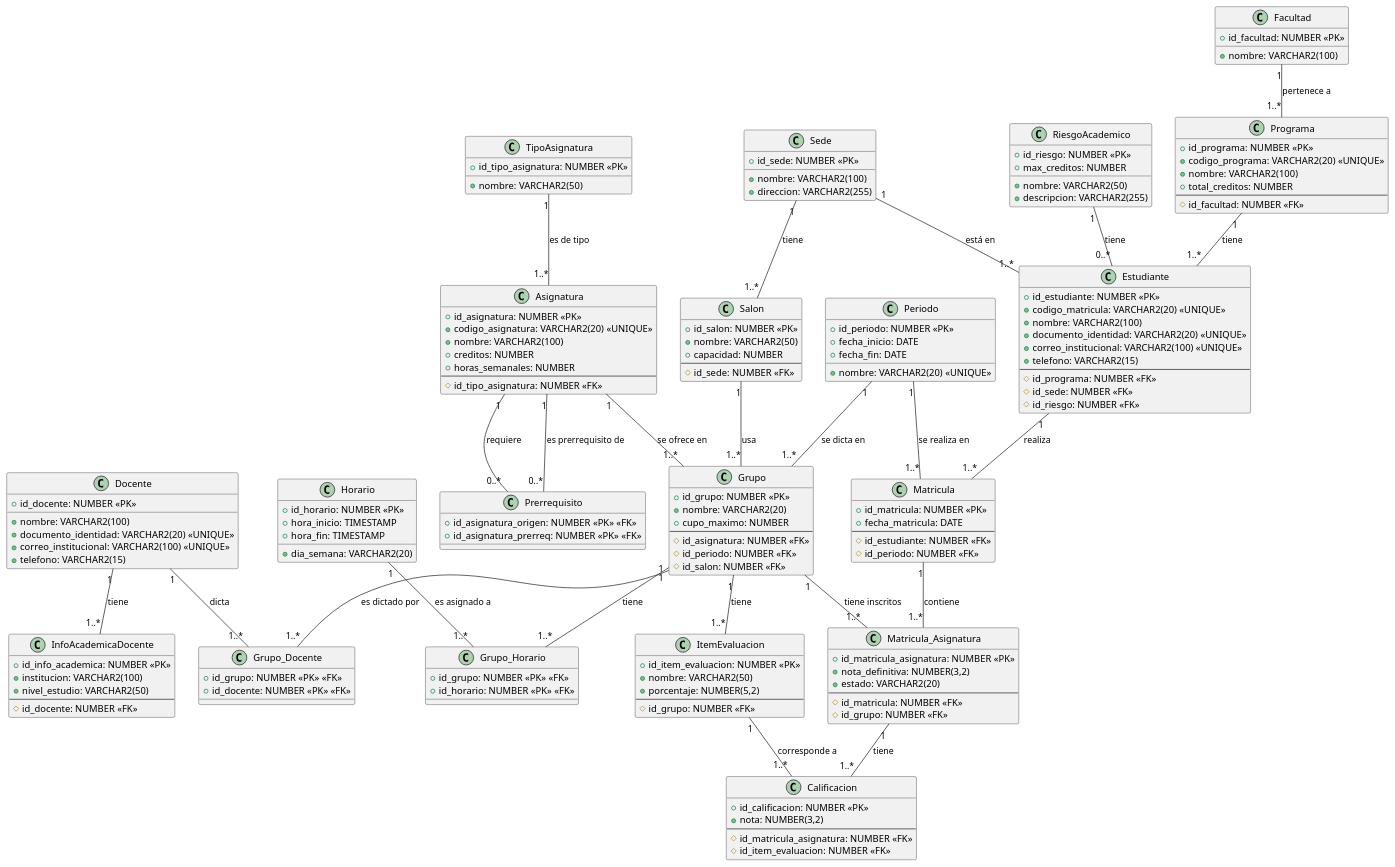
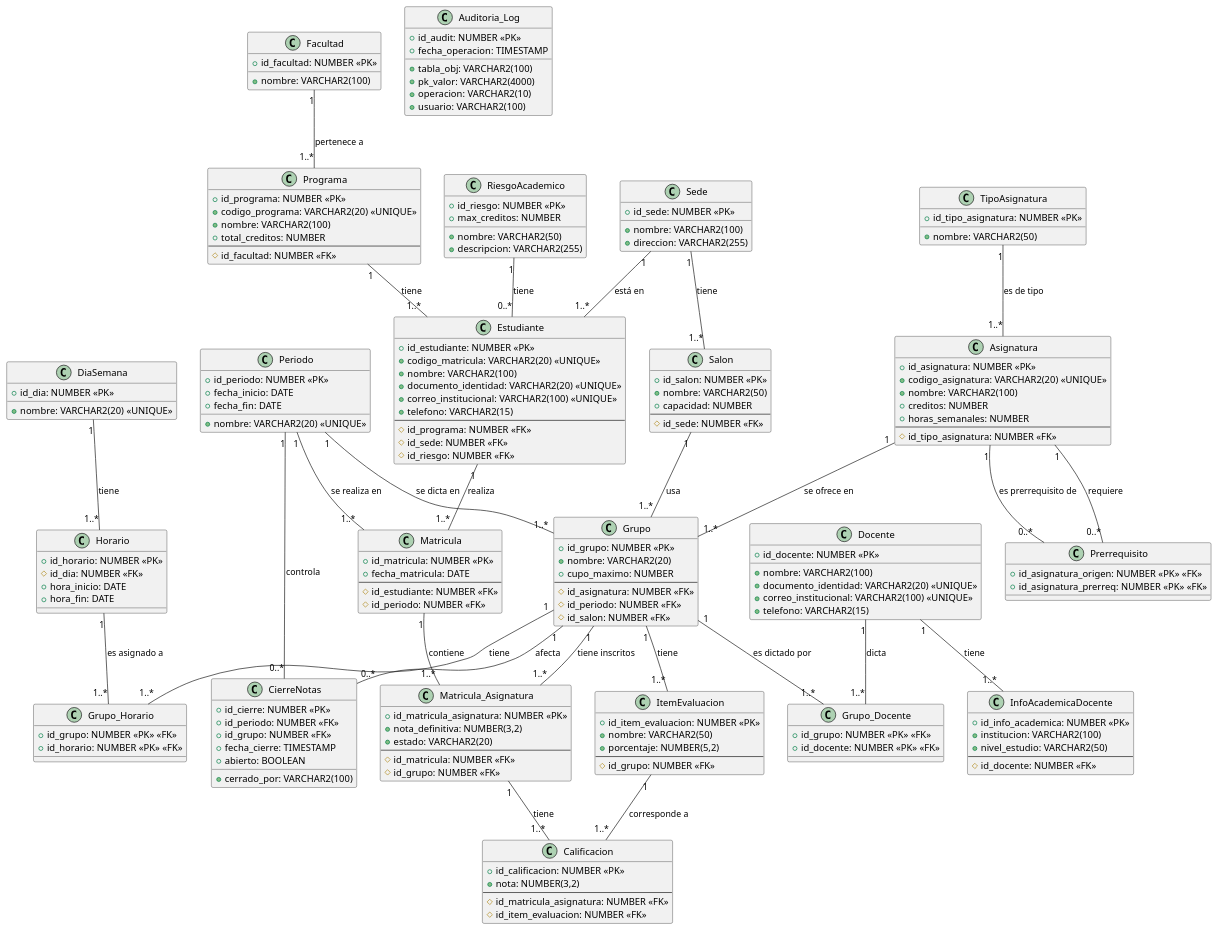
Before and after one commit to odiador/sacas-back: the diagram in modelo_academico.puml, drawn with PlantUML. The commit also changed 3 other files, not shown here.

```diff
--- a/modelo_academico.puml
+++ b/modelo_academico.puml
@@ -107,9 +107,32 @@
 
 class Horario {
   + id_horario: NUMBER <<PK>>
-  + dia_semana: VARCHAR2(20)
-  + hora_inicio: TIMESTAMP
-  + hora_fin: TIMESTAMP
+  # id_dia: NUMBER <<FK>>
+  + hora_inicio: DATE
+  + hora_fin: DATE
+}
+
+class DiaSemana {
+  + id_dia: NUMBER <<PK>>
+  + nombre: VARCHAR2(20) <<UNIQUE>>
+}
+
+class Auditoria_Log {
+  + id_audit: NUMBER <<PK>>
+  + tabla_obj: VARCHAR2(100)
+  + pk_valor: VARCHAR2(4000)
+  + operacion: VARCHAR2(10)
+  + usuario: VARCHAR2(100)
+  + fecha_operacion: TIMESTAMP
+}
+
+class CierreNotas {
+  + id_cierre: NUMBER <<PK>>
+  + id_periodo: NUMBER <<FK>>
+  + id_grupo: NUMBER <<FK>>
+  + cerrado_por: VARCHAR2(100)
+  + fecha_cierre: TIMESTAMP
+  + abierto: BOOLEAN
 }
 
 class RiesgoAcademico {
@@ -198,4 +221,9 @@
 Grupo "1" -- "1..*" Grupo_Horario : tiene
 Horario "1" -- "1..*" Grupo_Horario : es asignado a
 
+DiaSemana "1" -- "1..*" Horario : tiene
+Periodo "1" -- "0..*" CierreNotas : controla
+Grupo "1" -- "0..*" CierreNotas : afecta
+' Auditoría es genérica (no FK explícita en el modelo UML) 
+
 @enduml
```
